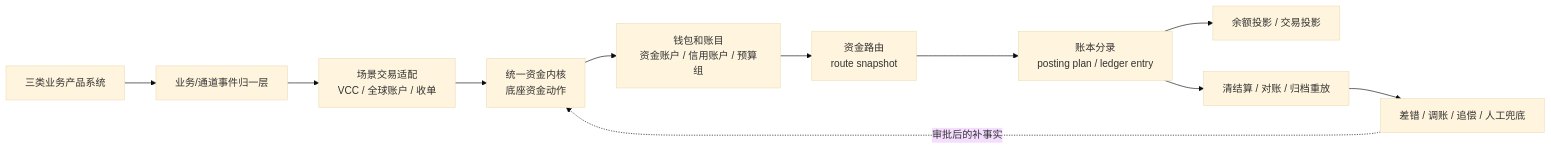
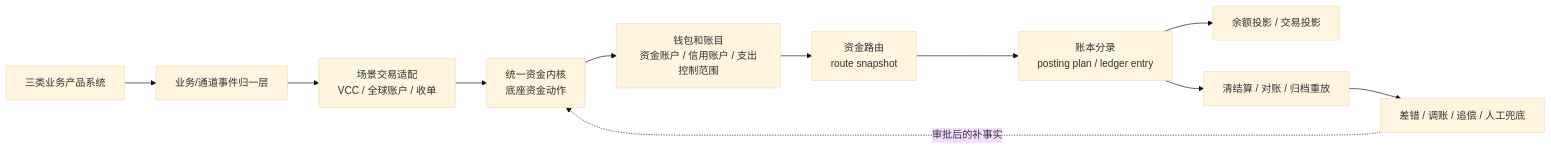
Before and after one commit to fengwuxp/wind-funds: the second of 2 diagrams in docs/归档/设计预研/资金底座支撑VCC全球账户收付款与收单业务评估.md, drawn with Mermaid (base theme). The commit also changed other lines of this file and 82 other files, not shown here.

````diff
--- a/docs/归档/设计预研/资金底座支撑VCC全球账户收付款与收单业务评估.md
+++ b/docs/归档/设计预研/资金底座支撑VCC全球账户收付款与收单业务评估.md
@@ -206,13 +206,13 @@
 ```mermaid
 flowchart LR
     Biz["三类业务产品系统"] --> Adapter["业务/通道事件归一层"]
     Adapter --> TxAdapter["场景交易适配\nVCC / 全球账户 / 收单"]
     TxAdapter --> Funds["统一资金内核\n底座资金动作"]
-    Funds --> Account["钱包和账目\n资金账户 / 信用账户 / 预算组"]
+    Funds --> Account["钱包和账目\n资金账户 / 信用账户 / 支出控制范围"]
     Account --> Route["资金路由\nroute snapshot"]
     Route --> Ledger["账本分录\nposting plan / ledger entry"]
     Ledger --> Projection["余额投影 / 交易投影"]
     Ledger --> Ops["清结算 / 对账 / 归档重放"]
     Ops --> Exception["差错 / 调账 / 追偿 / 人工兜底"]
     Exception -. "审批后的补事实" .-> Funds
 ```
````
